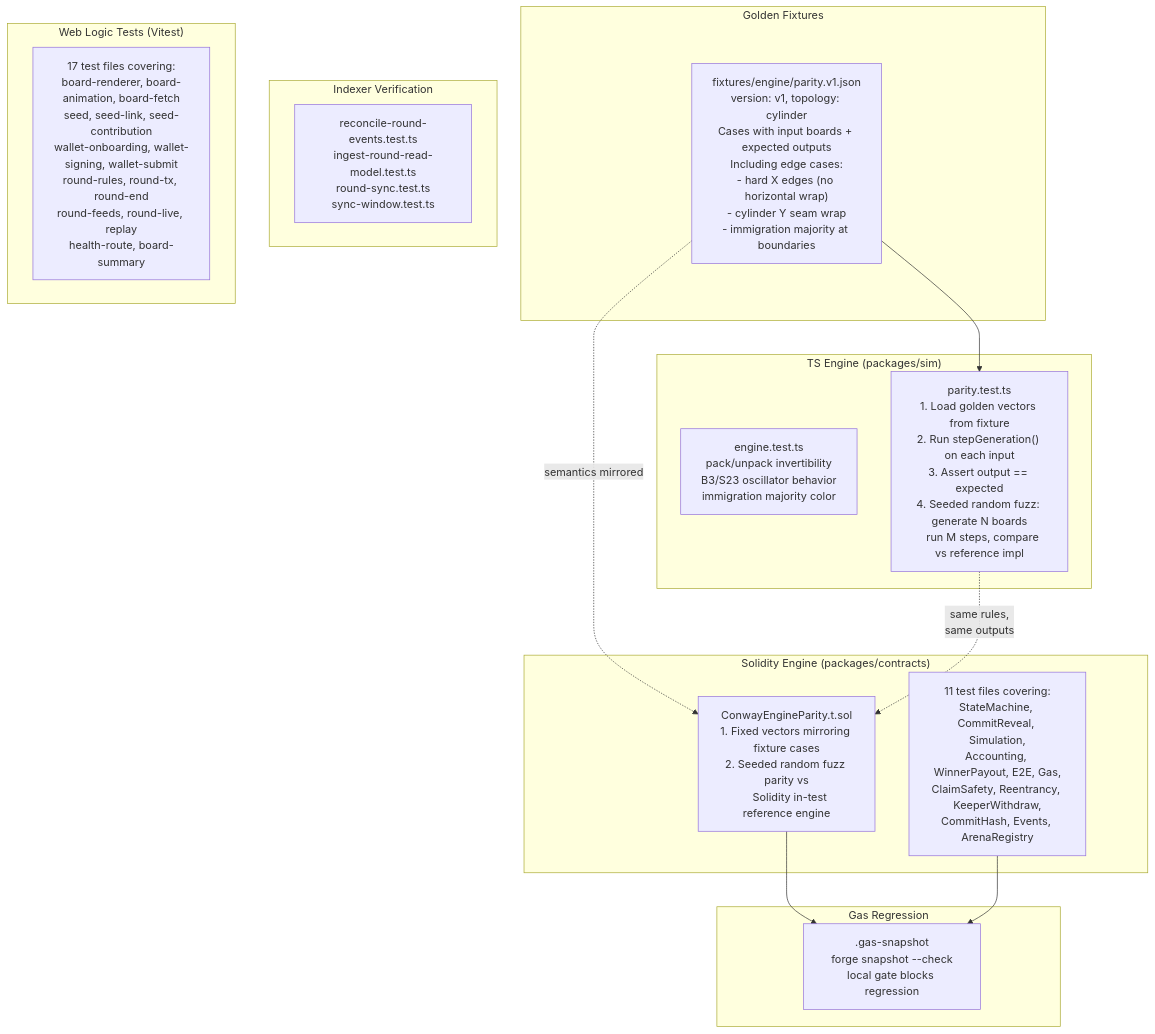
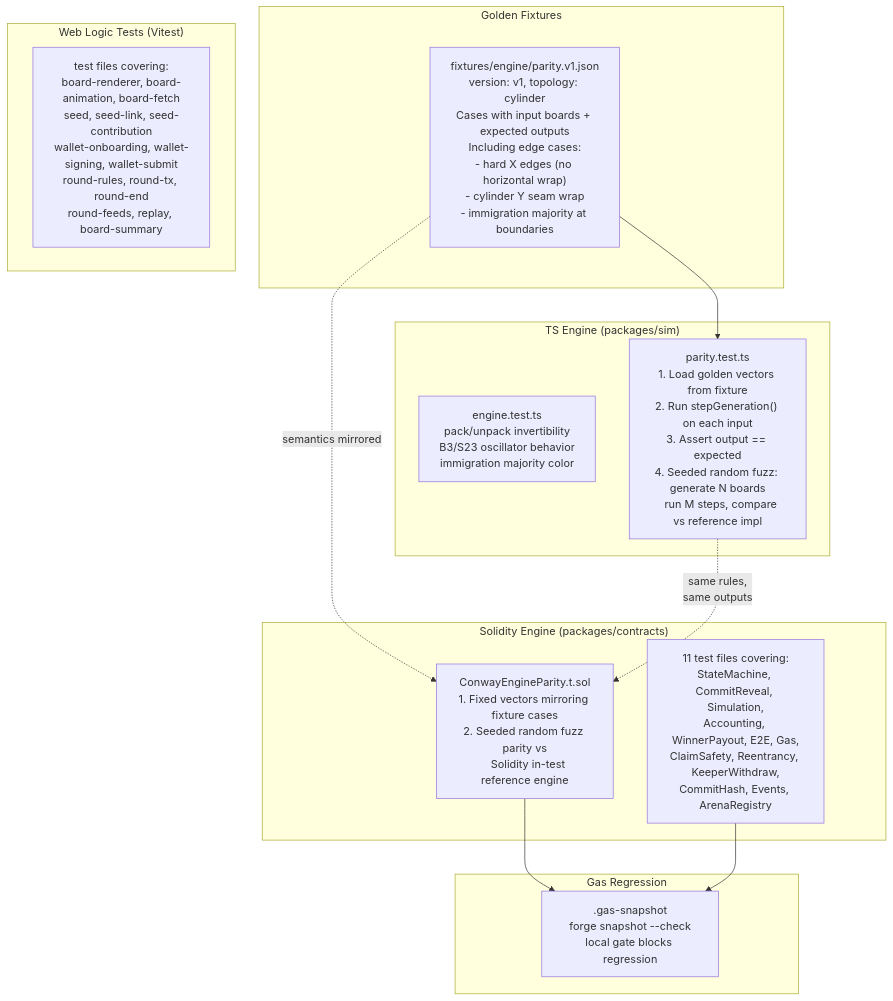
One commit to williamhzo/shape-of-life changed the ninth of 13 diagrams in architecture.md. Above: the diagram before and after it, drawn with Mermaid. The commit also changed other lines of this file and 2 other files, not shown here.

First line of the commit message:
Update docs for indexer removal and wagmi/React Query reads

````diff
--- a/architecture.md
+++ b/architecture.md
@@ -681,34 +629,30 @@
 ```mermaid
 flowchart TD
     subgraph "Golden Fixtures"
         FIXTURE["fixtures/engine/parity.v1.json<br/>version: v1, topology: cylinder<br/>Cases with input boards + expected outputs<br/>Including edge cases:<br/>- hard X edges (no horizontal wrap)<br/>- cylinder Y seam wrap<br/>- immigration majority at boundaries"]
     end
 
     subgraph "TS Engine (packages/sim)"
         TS_UNIT["engine.test.ts<br/>pack/unpack invertibility<br/>B3/S23 oscillator behavior<br/>immigration majority color"]
         TS_PARITY["parity.test.ts<br/>1. Load golden vectors from fixture<br/>2. Run stepGeneration() on each input<br/>3. Assert output == expected<br/>4. Seeded random fuzz: generate N boards<br/>   run M steps, compare vs reference impl"]
     end
 
     subgraph "Solidity Engine (packages/contracts)"
         SOL_UNIT["ConwayEngineParity.t.sol<br/>1. Fixed vectors mirroring fixture cases<br/>2. Seeded random fuzz parity vs<br/>   Solidity in-test reference engine"]
         SOL_LIFECYCLE["11 test files covering:<br/>StateMachine, CommitReveal, Simulation,<br/>Accounting, WinnerPayout, E2E, Gas,<br/>ClaimSafety, Reentrancy, KeeperWithdraw,<br/>CommitHash, Events, ArenaRegistry"]
     end
 
     subgraph "Gas Regression"
         GAS[".gas-snapshot<br/>forge snapshot --check<br/>local gate blocks regression"]
     end
 
-    subgraph "Indexer Verification"
-        IDX_TEST["reconcile-round-events.test.ts<br/>ingest-round-read-model.test.ts<br/>round-sync.test.ts<br/>sync-window.test.ts"]
-    end
-
     subgraph "Web Logic Tests (Vitest)"
-        WEB_TEST["17 test files covering:<br/>board-renderer, board-animation, board-fetch<br/>seed, seed-link, seed-contribution<br/>wallet-onboarding, wallet-signing, wallet-submit<br/>round-rules, round-tx, round-end<br/>round-feeds, round-live, replay<br/>health-route, board-summary"]
+        WEB_TEST["test files covering:<br/>board-renderer, board-animation, board-fetch<br/>seed, seed-link, seed-contribution<br/>wallet-onboarding, wallet-signing, wallet-submit<br/>round-rules, round-tx, round-end<br/>round-feeds, replay, board-summary"]
     end
 
     FIXTURE --> TS_PARITY
     FIXTURE -.->|"semantics mirrored"| SOL_UNIT
     TS_PARITY -.->|"same rules,<br/>same outputs"| SOL_UNIT
     SOL_UNIT --> GAS
     SOL_LIFECYCLE --> GAS
 ```
````
